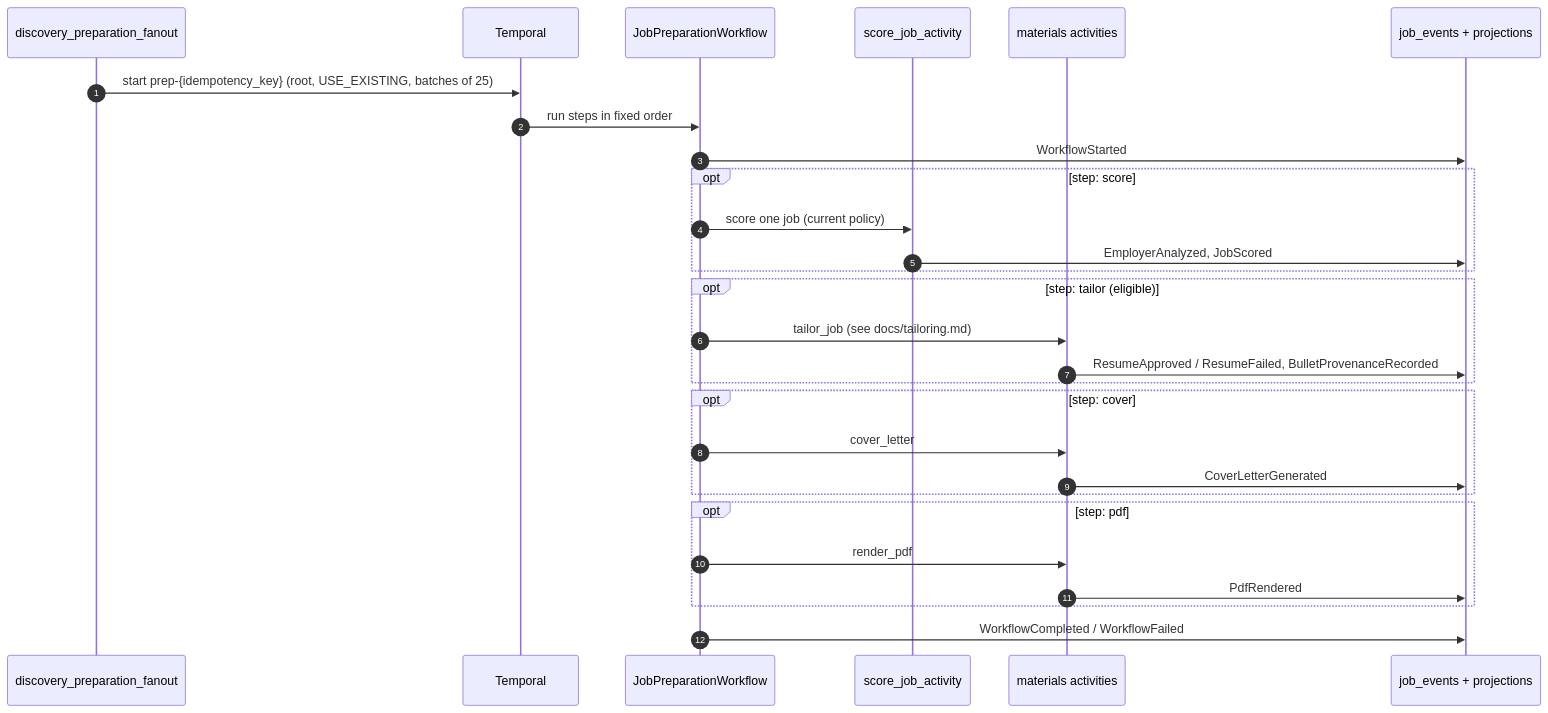
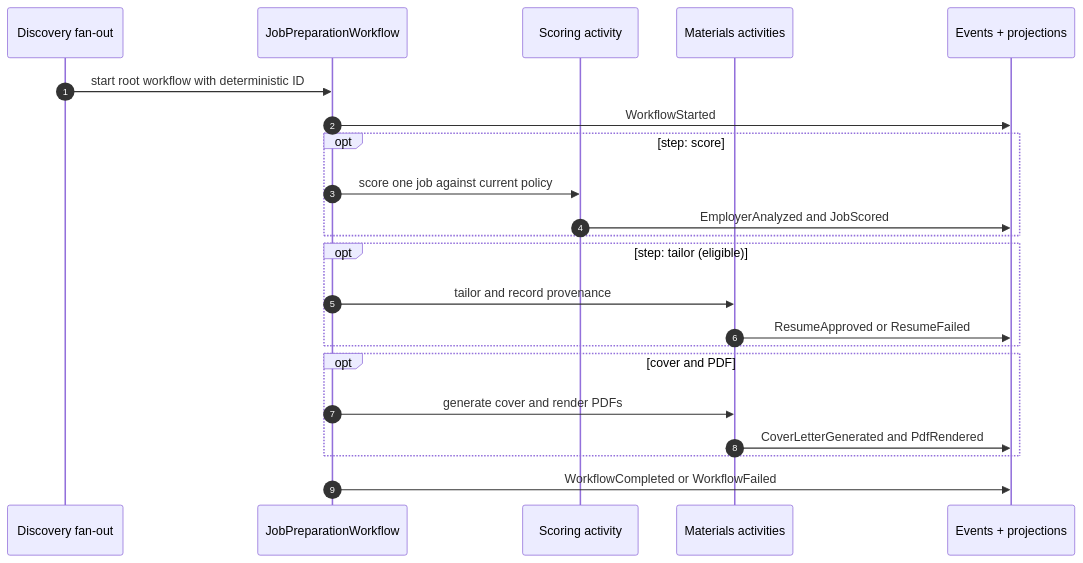
One commit to ebarti/JobCtrl changed the fourth of 7 diagrams in docs/architecture/pipeline/stages.md. Above: the diagram before and after it, drawn with Mermaid. The commit also changed other lines of this file and 46 other files, not shown here.

````diff
--- a/docs/architecture/pipeline/stages.md
+++ b/docs/architecture/pipeline/stages.md
@@ -175,31 +169,25 @@
 ```mermaid
 sequenceDiagram
     autonumber
-    participant Fan as discovery_preparation_fanout
-    participant T as Temporal
+    participant Fan as Discovery fan-out
     participant Prep as JobPreparationWorkflow
-    participant Score as score_job_activity
-    participant Mat as materials activities
-    participant DB as job_events + projections
+    participant Score as Scoring activity
+    participant Mat as Materials activities
+    participant Store as Events + projections
 
-    Fan->>T: start prep-{idempotency_key} (root, USE_EXISTING, batches of 25)
-    T->>Prep: run steps in fixed order
-    Prep->>DB: WorkflowStarted
+    Fan->>Prep: start root workflow with deterministic ID
+    Prep->>Store: WorkflowStarted
     opt step: score
-        Prep->>Score: score one job (current policy)
-        Score->>DB: EmployerAnalyzed, JobScored
+        Prep->>Score: score one job against current policy
+        Score->>Store: EmployerAnalyzed and JobScored
     end
     opt step: tailor (eligible)
-        Prep->>Mat: tailor_job (see docs/tailoring.md)
-        Mat->>DB: ResumeApproved / ResumeFailed, BulletProvenanceRecorded
+        Prep->>Mat: tailor and record provenance
+        Mat->>Store: ResumeApproved or ResumeFailed
     end
-    opt step: cover
-        Prep->>Mat: cover_letter
-        Mat->>DB: CoverLetterGenerated
+    opt cover and PDF
+        Prep->>Mat: generate cover and render PDFs
+        Mat->>Store: CoverLetterGenerated and PdfRendered
     end
-    opt step: pdf
-        Prep->>Mat: render_pdf
-        Mat->>DB: PdfRendered
-    end
-    Prep->>DB: WorkflowCompleted / WorkflowFailed
+    Prep->>Store: WorkflowCompleted or WorkflowFailed
 ```
````
